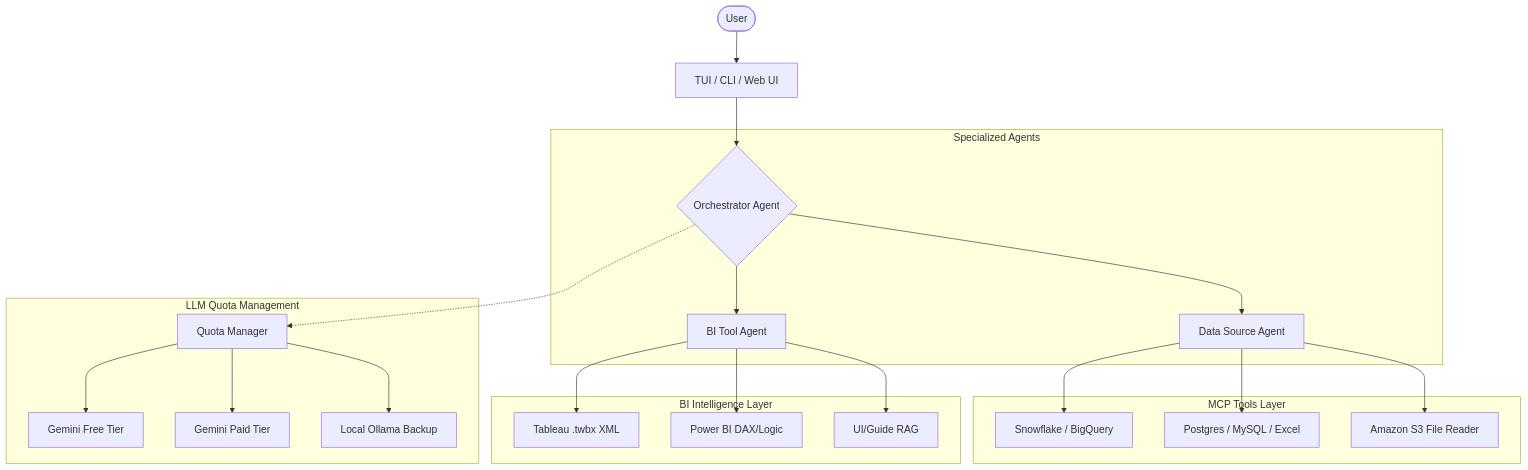
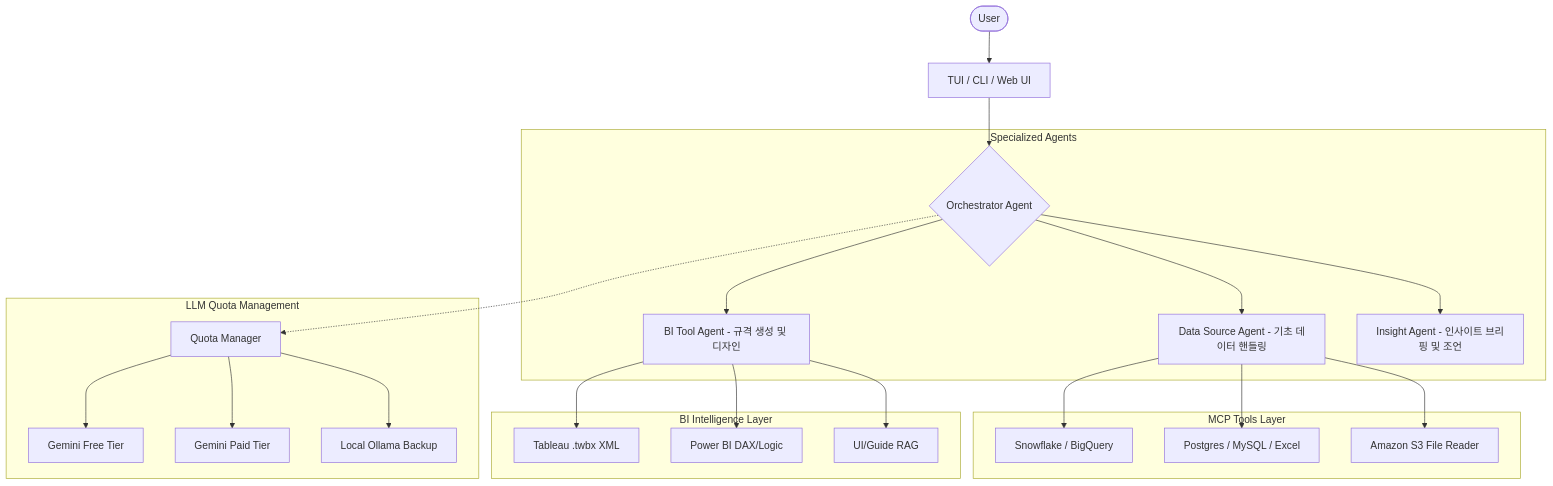
One commit to KnellBalm/BI-Agent changed the diagram in docs/PLAN.md. Above: the diagram before and after it, drawn with Mermaid. The commit also changed other lines of this file and 10 other files, not shown here.

````diff
--- a/docs/PLAN.md
+++ b/docs/PLAN.md
@@ -21,29 +21,30 @@
 ```mermaid
 graph TD
     User([User]) --> Interface[TUI / CLI / Web UI]
     Interface --> Orchestrator{Orchestrator Agent}
     
     subgraph Agents [Specialized Agents]
-        Orchestrator --> DSA[Data Source Agent]
-        Orchestrator --> BIA[BI Tool Agent]
+        Orchestrator --> DSA[Data Source Agent - 기초 데이터 핸들링]
+        Orchestrator --> BIA[BI Tool Agent - 규격 생성 및 디자인]
+        Orchestrator --> ISA[Insight Agent - 인사이트 브리핑 및 조언]
     end
     
     subgraph Connectivity [MCP Tools Layer]
         DSA --> MCP_SaaS[Snowflake / BigQuery]
         DSA --> MCP_Local[Postgres / MySQL / Excel]
         DSA --> S3[Amazon S3 File Reader]
     end
     
     subgraph Automation [BI Intelligence Layer]
         BIA --> XML[Tableau .twbx XML]
         BIA --> DAX[Power BI DAX/Logic]
         BIA --> Guide[UI/Guide RAG]
     end
     
     subgraph Intelligence [LLM Quota Management]
         Orchestrator -.-> QM[Quota Manager]
         QM --> Gemini_Free[Gemini Free Tier]
         QM --> Gemini_Paid[Gemini Paid Tier]
         QM --> Ollama[Local Ollama Backup]
     end
 ```
````
